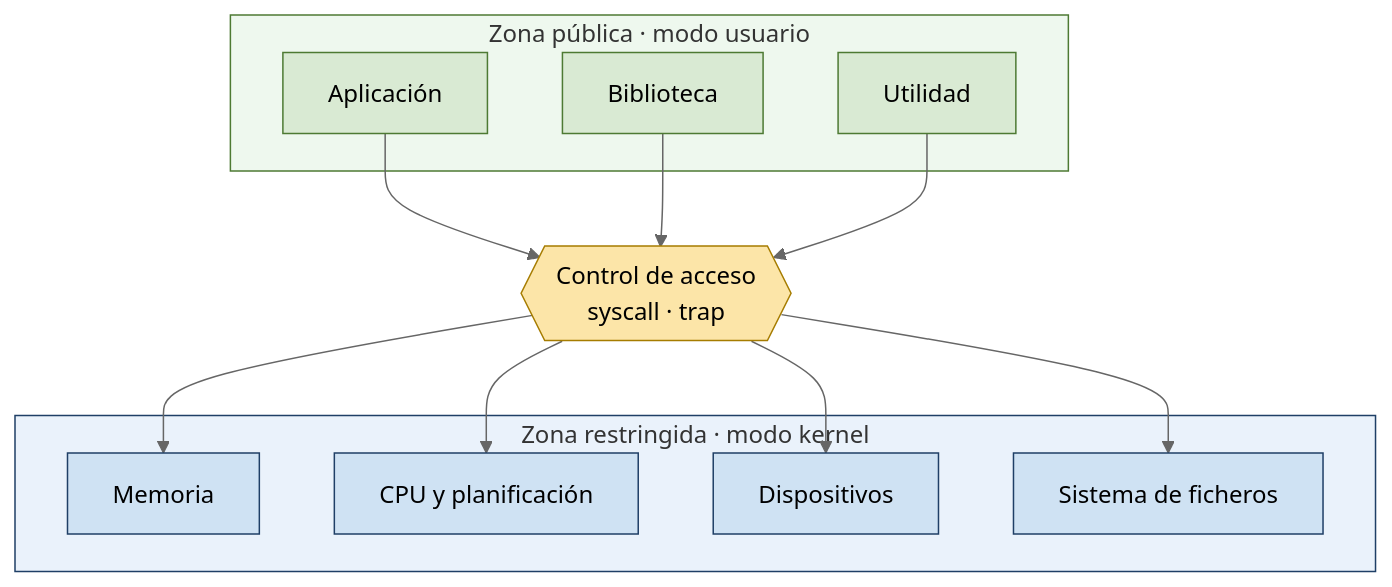
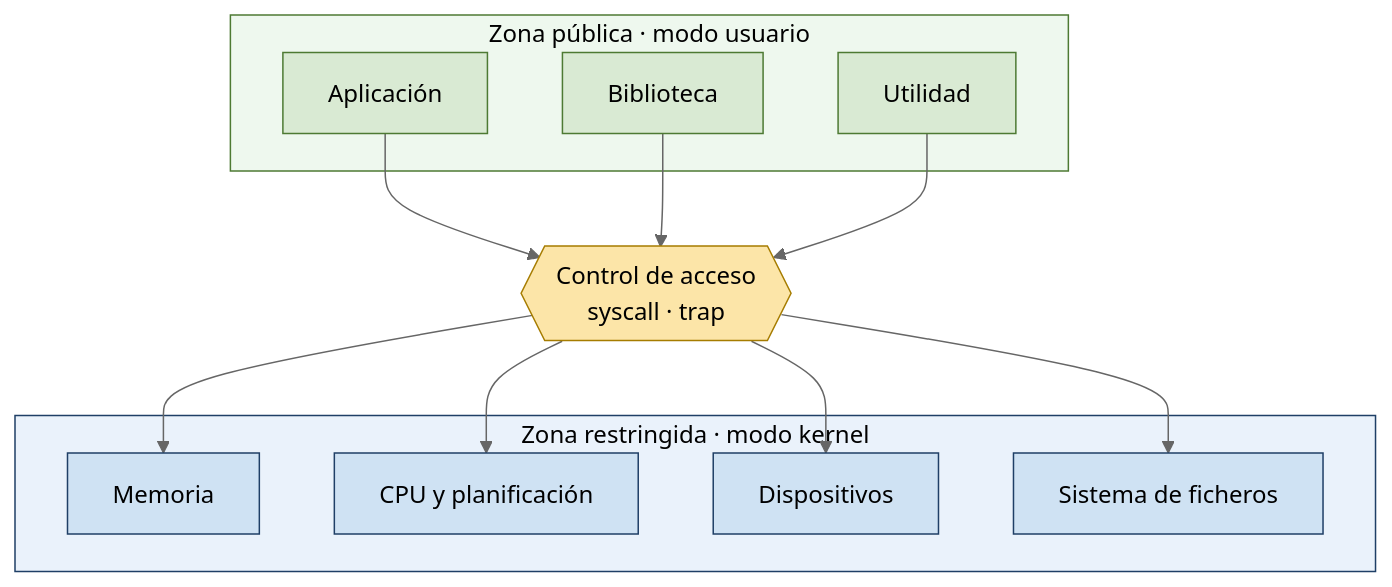
One commit to asiermarzo/ssoo changed the first of 3 diagrams in TEORIA/02-espacio-usuario-espacio-kernel/README.md. Above: the diagram before and after it, drawn with Mermaid (neutral theme). The commit also changed 2 other files, not shown here.

Commit message:
correciones T1,T2,T3

````diff
--- a/TEORIA/02-espacio-usuario-espacio-kernel/README.md
+++ b/TEORIA/02-espacio-usuario-espacio-kernel/README.md
@@ -17,31 +17,31 @@
 ```mermaid
 flowchart TB
     subgraph U["Zona pública · modo usuario"]
         A1[Aplicación]
         A2[Biblioteca]
         A3[Utilidad]
     end
     G{{"Control de acceso<br/>syscall · trap"}}
     subgraph K["Zona restringida · modo kernel"]
         MEM[Memoria]
         CPU[CPU y planificación]
         DEV[Dispositivos]
         FS[Sistema de ficheros]
     end
     A1 --> G
     A2 --> G
     A3 --> G
     G --> MEM
     G --> CPU
     G --> DEV
     G --> FS
 
     classDef usuario fill:#d9ead3,stroke:#4d7a33,color:#000;
     classDef kernel fill:#cfe2f3,stroke:#1f3f66,color:#000;
     classDef gate fill:#fce5a8,stroke:#a67c00,color:#000;
     class A1,A2,A3 usuario;
     class MEM,CPU,DEV,FS kernel;
     class G gate;
-    style U fill:#eef8ee,stroke:#4d7a33,stroke-width:1px;
-    style K fill:#eaf2fb,stroke:#1f3f66,stroke-width:1px;
+    style U fill:#eef8ee,stroke:#4d7a33,stroke-width:1px,color:#000;
+    style K fill:#eaf2fb,stroke:#1f3f66,stroke-width:1px,color:#000;
 ```
````
